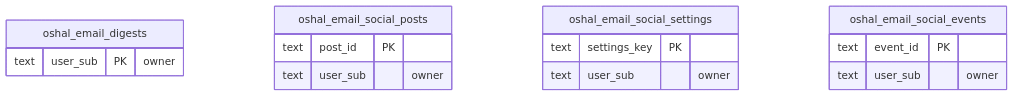
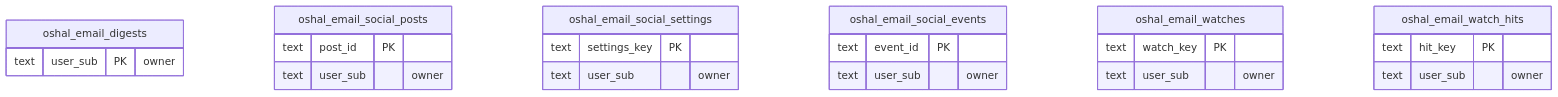
One commit to emeraldcoastsystemsgroup/oshal-apps changed the diagram in email-summarizer/SCHEMA.md. Above: the diagram before and after it, drawn with Mermaid. The commit also changed other lines of this file and 398 other files, not shown here.

````diff
--- a/email-summarizer/SCHEMA.md
+++ b/email-summarizer/SCHEMA.md
@@ -17,18 +17,26 @@
 ```mermaid
 erDiagram
   oshal_email_digests {
     text user_sub PK "owner"
   }
   oshal_email_social_posts {
     text post_id PK
     text user_sub "owner"
   }
   oshal_email_social_settings {
     text settings_key PK
     text user_sub "owner"
   }
   oshal_email_social_events {
     text event_id PK
     text user_sub "owner"
   }
+  oshal_email_watches {
+    text watch_key PK
+    text user_sub "owner"
+  }
+  oshal_email_watch_hits {
+    text hit_key PK
+    text user_sub "owner"
+  }
 ```
````
